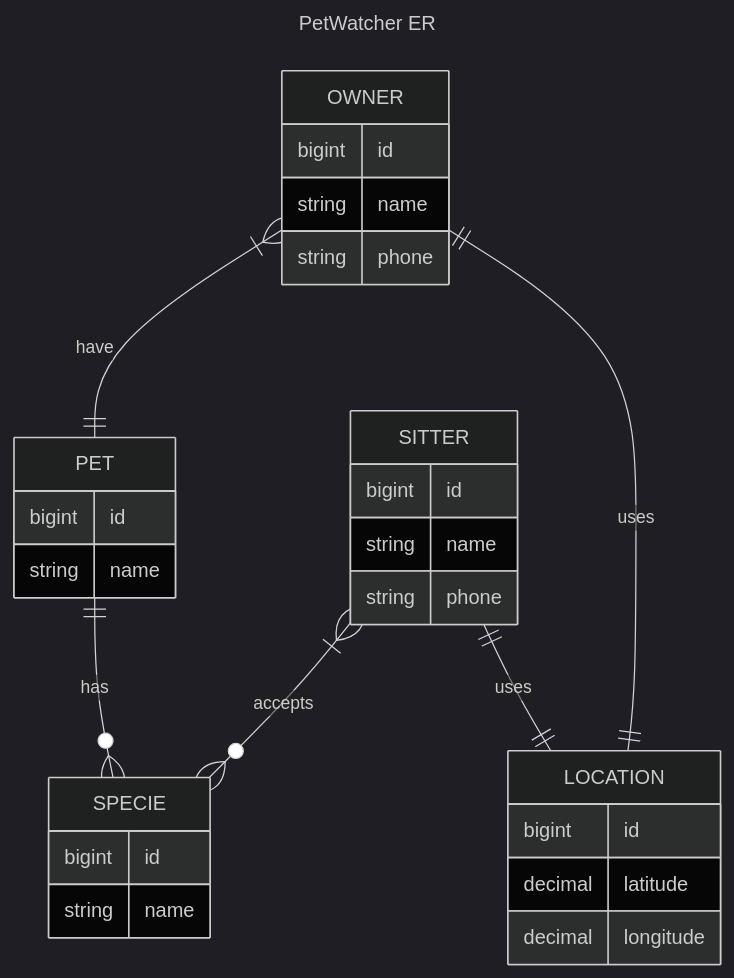
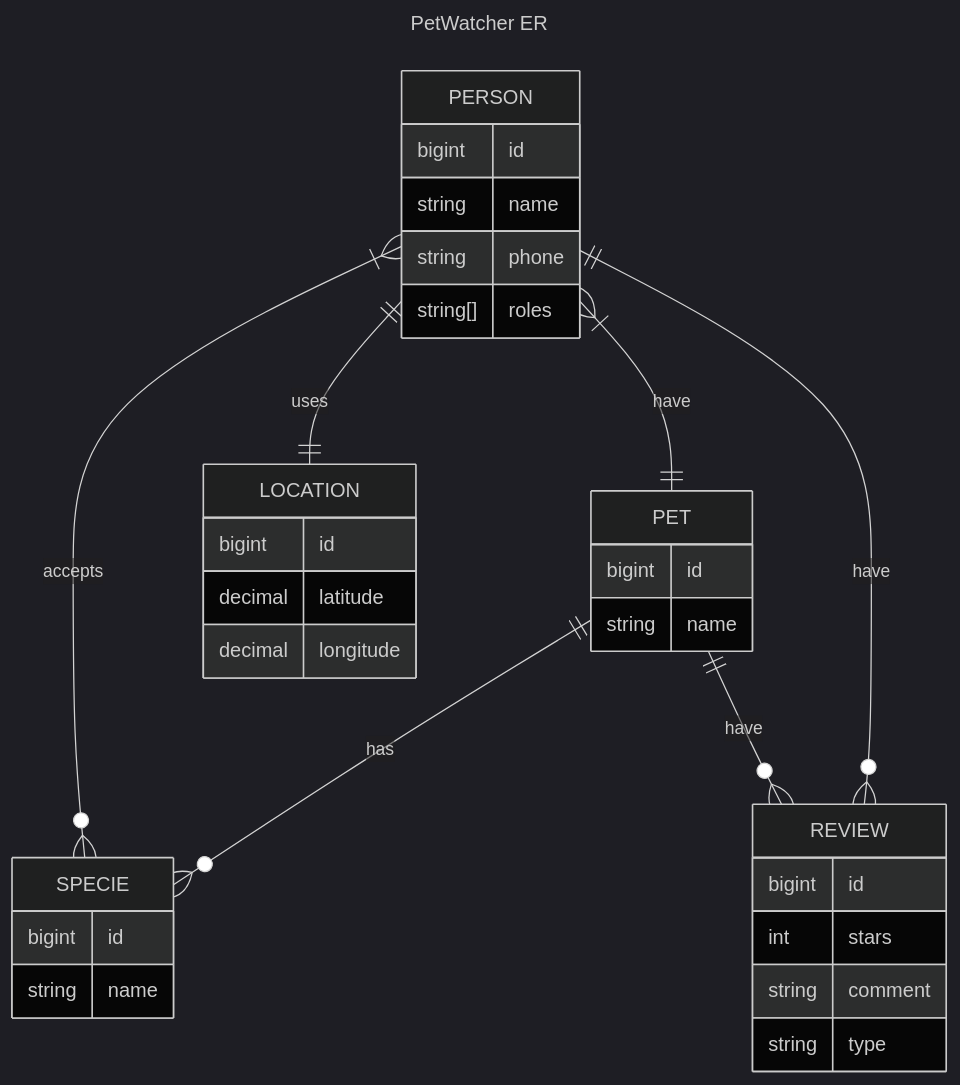
Before and after one commit to saviocangussu-pet/hackaton-petwatcher: the diagram in README.md, drawn with Mermaid (dark theme). The commit also changed other lines of this file, not shown here.

Commit message:
[feat] readme updated

````diff
--- a/README.md
+++ b/README.md
@@ -24,35 +29,38 @@
 ```mermaid
 ---
 title: PetWatcher ER
 ---
 erDiagram
-  OWNER }|--|| PET : have
-  OWNER ||--|| LOCATION : uses
-  SITTER ||--|| LOCATION : uses
-  SITTER }|--o{ SPECIE : accepts
+  PERSON }|--|| PET : have
+  PERSON ||--|| LOCATION : uses
+  PERSON }|--o{ SPECIE : accepts
   PET ||--o{ SPECIE : has
+  PET ||--o{ REVIEW : have
+  PERSON ||--o{ REVIEW : have
 
-  OWNER {
+  PERSON {
     bigint id
     string name
     string phone
-  }
-  SITTER {
-    bigint id
-    string name
-    string phone
+    string[] roles
   }
   PET {
     bigint id
     string name
   }
   SPECIE {
     bigint id
     string name
   }
   LOCATION {
     bigint id
     decimal latitude
     decimal longitude
   }
+  REVIEW {
+    bigint id
+    int stars
+    string comment
+    string type
+  }
 ```
````
